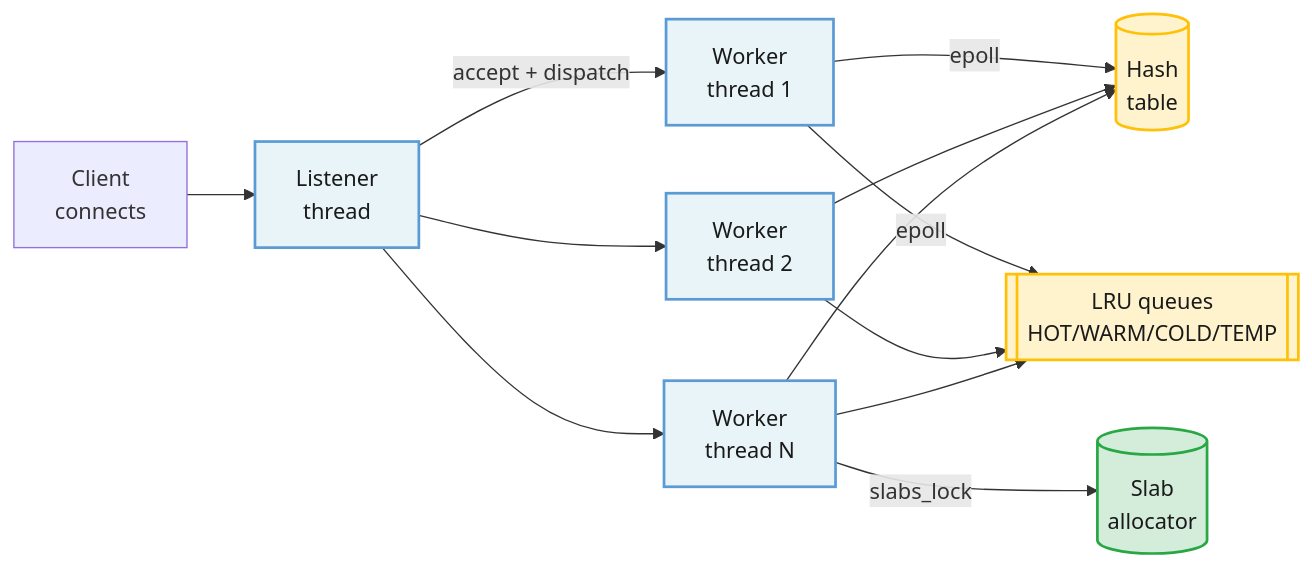
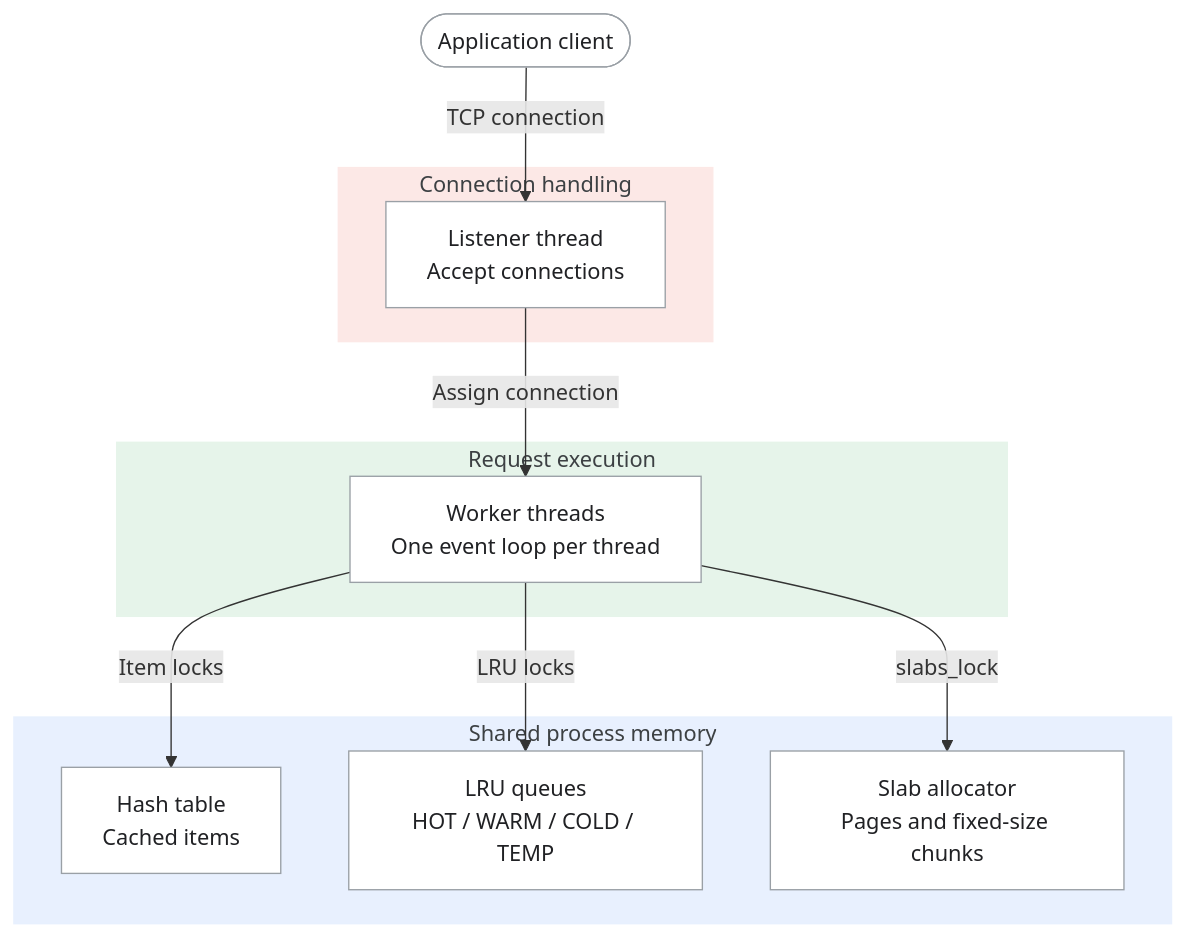
Before and after one commit to iliazlobin/iliazlobin.github.io: the first of 2 diagrams in _designs/tech-memcached.md, drawn with Mermaid. The commit also changed other lines of this file and 108 other files, not shown here.

````diff
--- a/_designs/tech-memcached.md
+++ b/_designs/tech-memcached.md
@@ -42,20 +42,27 @@
 ```mermaid
-flowchart LR
-    Client[Client<br/>connects]-->Listener[Listener<br/>thread]
-    Listener-->|accept + dispatch|W1[Worker<br/>thread 1]
-    Listener-->W2[Worker<br/>thread 2]
-    Listener-->WN[Worker<br/>thread N]
-    W1-->|epoll|HT[(Hash<br/>table)]
-    W1-->|epoll|LRU[[LRU queues<br/>HOT/WARM/COLD/TEMP]]
-    W2-->HT
-    W2-->LRU
-    WN-->HT
-    WN-->LRU
-    WN-->|slabs_lock|SLAB[(Slab<br/>allocator)]
-    classDef thread fill:#e8f4f8,color:#1A1A1A,stroke:#5B9BD5,stroke-width:2px
-    classDef store fill:#fff3cd,color:#1A1A1A,stroke:#FFC107,stroke-width:2px
-    classDef alloc fill:#d4edda,color:#1A1A1A,stroke:#28A745,stroke-width:2px
-    class Listener,W1,W2,WN thread
-    class HT,LRU store
-    class SLAB alloc
+flowchart TB
+    accTitle: Memcached connections, worker threads and shared memory
+    accDescr: A listener assigns client connections to worker threads. Each worker runs its own event loop and accesses the shared hash table, eviction queues and slab allocator under their respective locks.
+    Client(["Application client"])
+    subgraph Connections["Connection handling"]
+        Listener["Listener thread<br/>Accept connections"]
+    end
+    subgraph Execution["Request execution"]
+        Workers["Worker threads<br/>One event loop per thread"]
+    end
+    subgraph Memory["Shared process memory"]
+        HT["Hash table<br/>Cached items"]
+        LRU["LRU queues<br/>HOT / WARM / COLD / TEMP"]
+        SLAB["Slab allocator<br/>Pages and fixed-size chunks"]
+    end
+    Client -->|TCP connection| Listener
+    Listener -->|Assign connection| Workers
+    Workers -->|Item locks| HT
+    Workers -->|LRU locks| LRU
+    Workers -->|slabs_lock| SLAB
+    classDef component fill:#ffffff,stroke:#9aa0a6,color:#202124,stroke-width:1px
+    class Client,Listener,Workers,HT,LRU,SLAB component
+    style Connections fill:#fce8e6,stroke:#fce8e6,color:#3c4043
+    style Execution fill:#e6f4ea,stroke:#e6f4ea,color:#3c4043
+    style Memory fill:#e8f0fe,stroke:#e8f0fe,color:#3c4043
 ```
````
